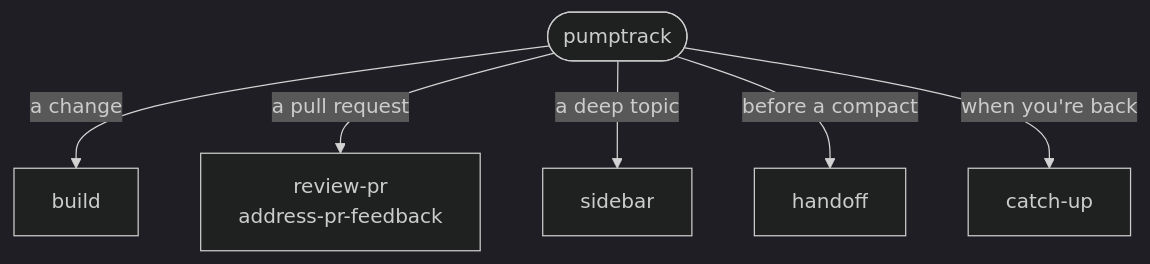
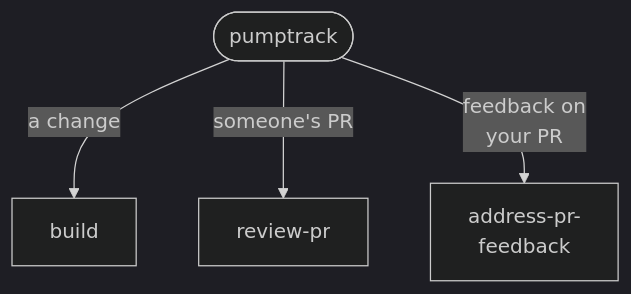
Before and after one commit to brandonbews/pumptrack: the first of 4 diagrams in README.md, drawn with Mermaid (dark theme). The commit also changed other lines of this file, not shown here.

Commit message:
README diagrams fit GitHub's renderer: four diagrams, three boxes across, clear of its zoom controls

````diff
--- a/README.md
+++ b/README.md
@@ -13,9 +13,7 @@
 ```mermaid
 flowchart TD
   pt(["pumptrack"])
   pt -->|"a change"| build["build"]
-  pt -->|"a pull request"| pr["review-pr<br/>address-pr-feedback"]
-  pt -->|"a deep topic"| sidebar["sidebar"]
-  pt -->|"before a compact"| handoff["handoff"]
-  pt -->|"when you're back"| catchup["catch-up"]
+  pt -->|"someone's PR"| rpr["review-pr"]
+  pt -->|"feedback on<br/>your PR"| apf["address-pr-<br/>feedback"]
 ```
````
